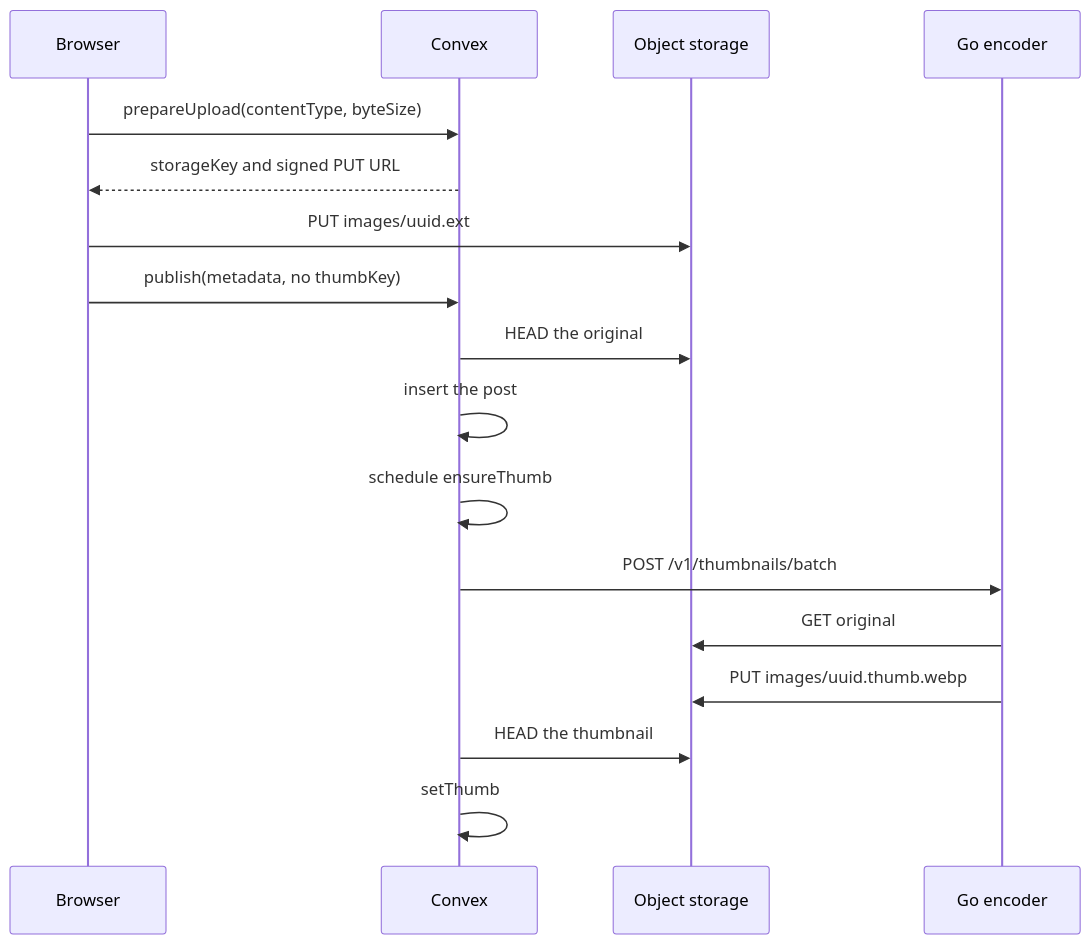
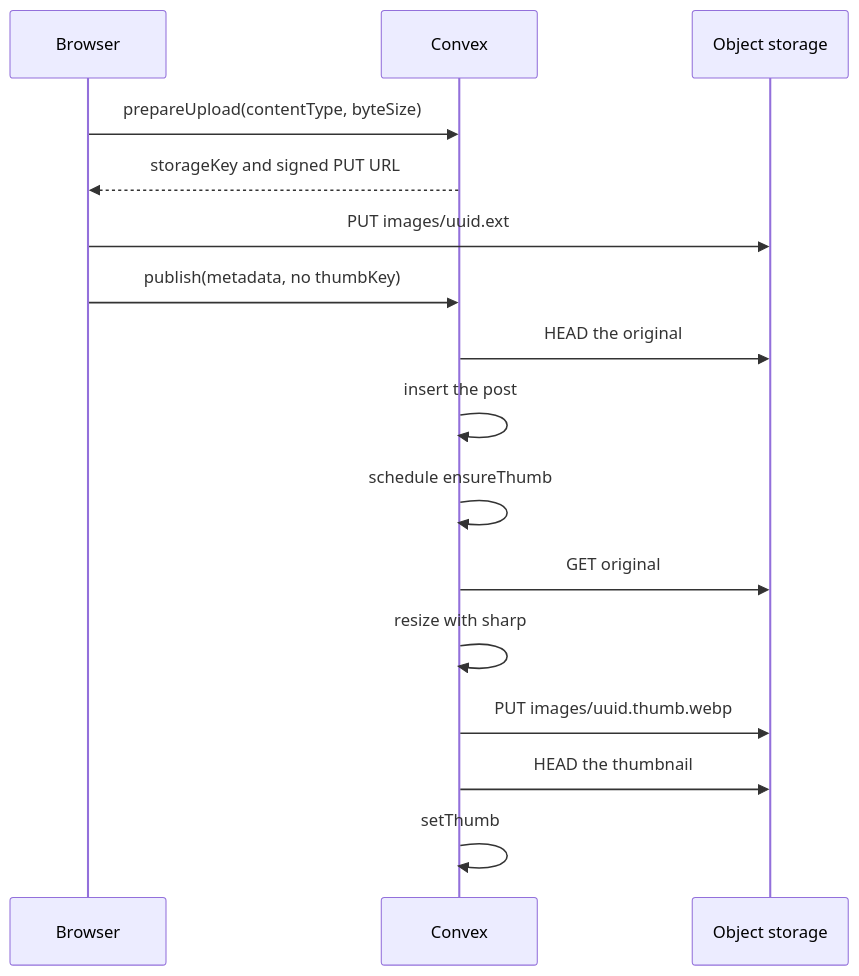
Before and after one commit to astra-chanUwU/kura-convex: the second of 3 diagrams in docs/architecture.md, drawn with Mermaid. The commit also changed other lines of this file and 25 other files, not shown here.

Commit message:
Resize board thumbnails inside Convex so the deploy no longer needs a Go encoder.

````diff
--- a/docs/architecture.md
+++ b/docs/architecture.md
@@ -25,20 +23,19 @@
 ```mermaid
 sequenceDiagram
   participant Browser
   participant Convex
   participant Store as Object storage
-  participant Go as Go encoder
 
   Browser->>Convex: prepareUpload(contentType, byteSize)
   Convex-->>Browser: storageKey and signed PUT URL
   Browser->>Store: PUT images/uuid.ext
   Browser->>Convex: publish(metadata, no thumbKey)
   Convex->>Store: HEAD the original
   Convex->>Convex: insert the post
   Convex->>Convex: schedule ensureThumb
-  Convex->>Go: POST /v1/thumbnails/batch
-  Go->>Store: GET original
-  Go->>Store: PUT images/uuid.thumb.webp
+  Convex->>Store: GET original
+  Convex->>Convex: resize with sharp
+  Convex->>Store: PUT images/uuid.thumb.webp
   Convex->>Store: HEAD the thumbnail
   Convex->>Convex: setThumb
 ```
````
